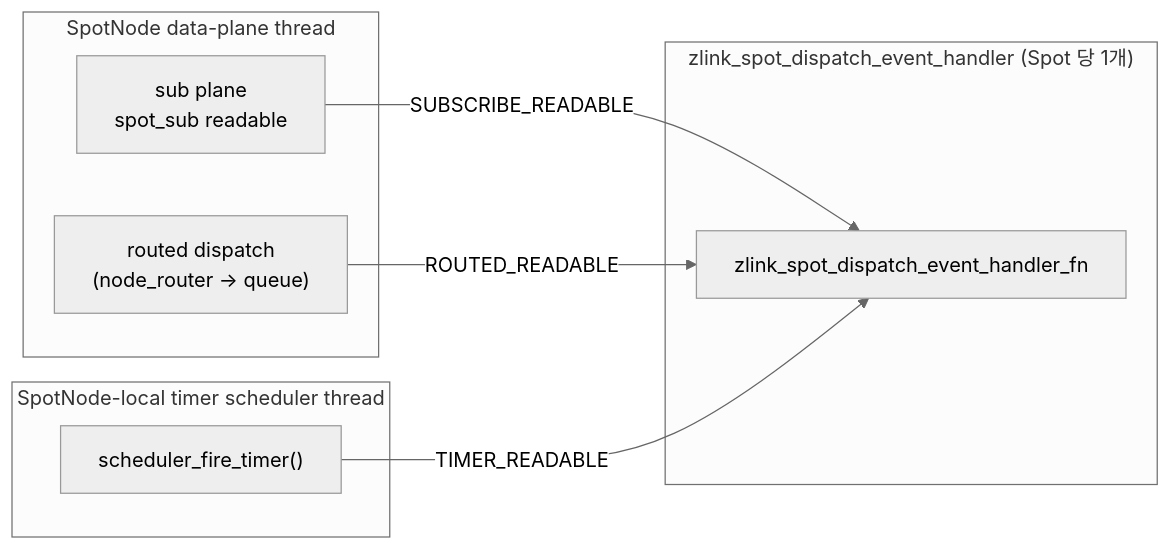
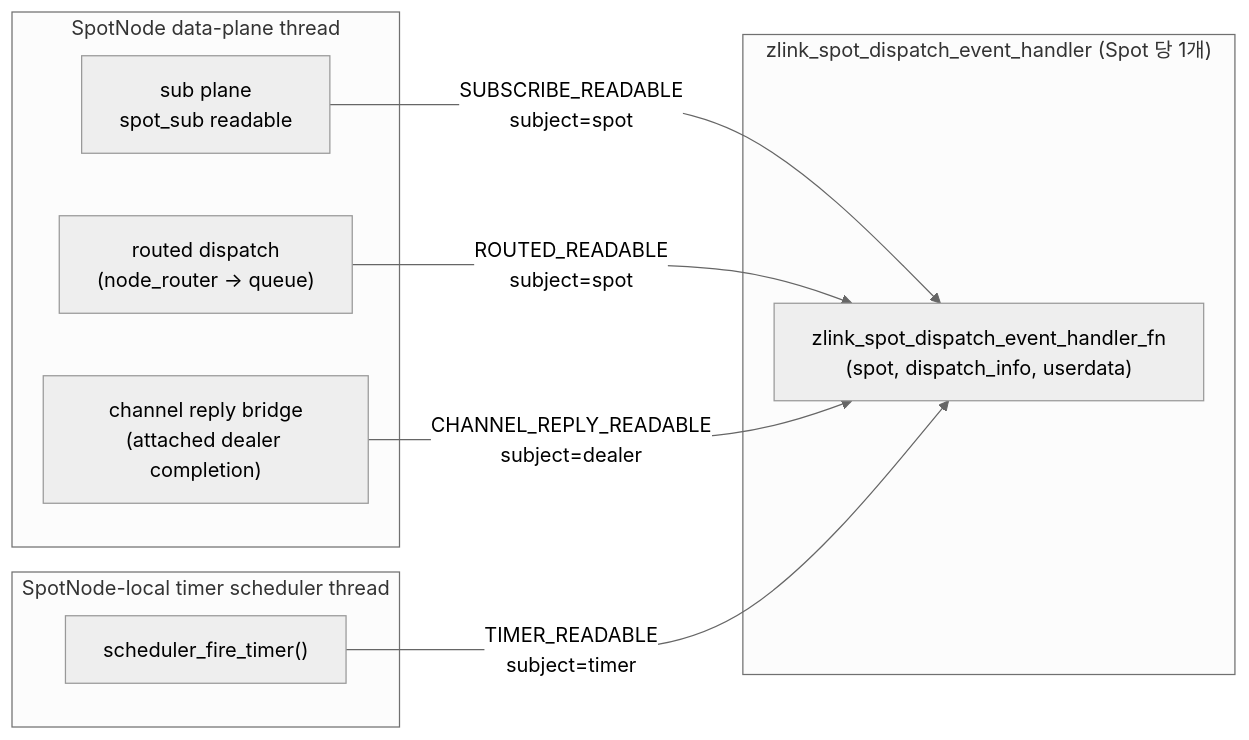
Before and after one commit to kairos-code-dev/zlink: diagram 14 of 15 in doc/internals/spot-internals.ko.md, drawn with Mermaid (neutral theme). The commit also changed other lines of this file and 179 other files, not shown here.

````diff
--- a/doc/internals/spot-internals.ko.md
+++ b/doc/internals/spot-internals.ko.md
@@ -423,19 +423,21 @@
 ```mermaid
 flowchart LR
     subgraph DataPlane["SpotNode data-plane thread"]
         ingress["sub plane<br/>spot_sub readable"]
         routed["routed dispatch<br/>(node_router -> queue)"]
+        bridge["channel reply bridge<br/>(attached dealer completion)"]
     end
 
     subgraph Scheduler["SpotNode-local timer scheduler thread"]
         tick["scheduler_fire_timer()"]
     end
 
     subgraph UserHandler["zlink_spot_dispatch_event_handler (Spot 당 1개)"]
-        handler["zlink_spot_dispatch_event_handler_fn"]
+        handler["zlink_spot_dispatch_event_handler_fn<br/>(spot, dispatch_info, userdata)"]
     end
 
-    ingress -->|"SUBSCRIBE_READABLE"| handler
-    routed  -->|"ROUTED_READABLE"| handler
-    tick    -->|"TIMER_READABLE"| handler
+    ingress -->|"SUBSCRIBE_READABLE<br/>subject=spot"| handler
+    routed  -->|"ROUTED_READABLE<br/>subject=spot"| handler
+    bridge  -->|"CHANNEL_REPLY_READABLE<br/>subject=dealer"| handler
+    tick    -->|"TIMER_READABLE<br/>subject=timer"| handler
 ```
````
